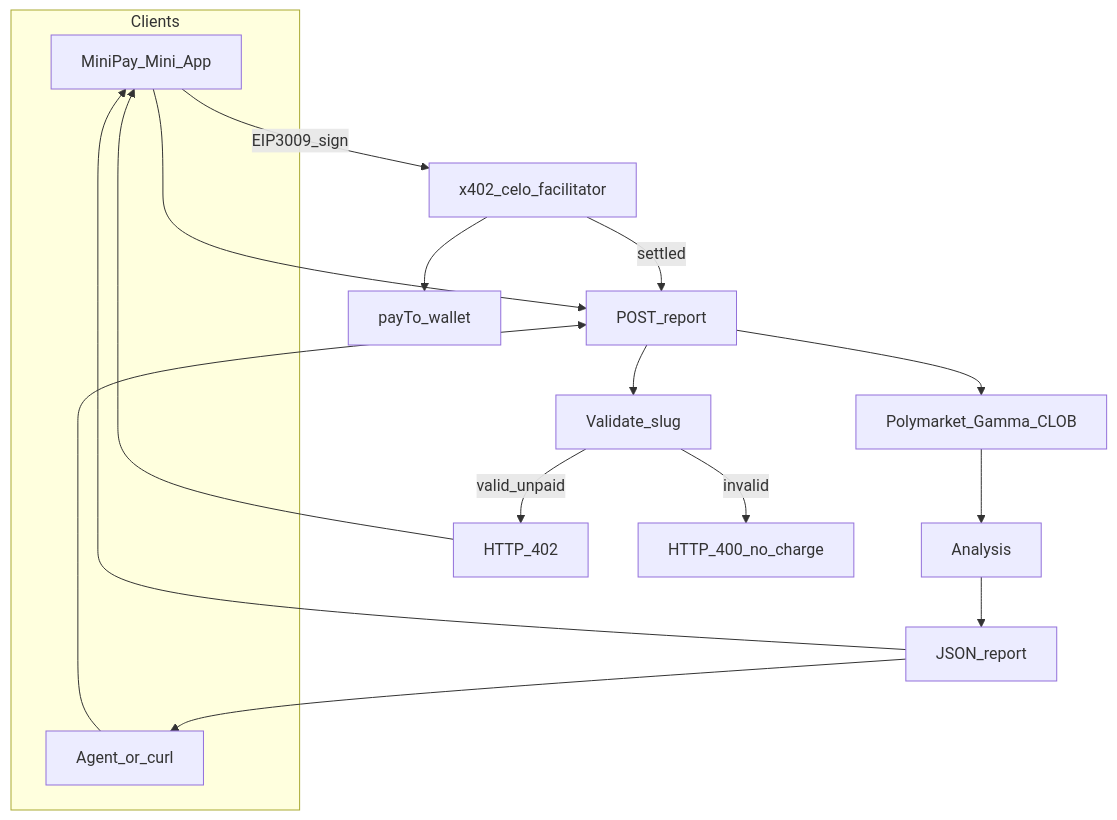
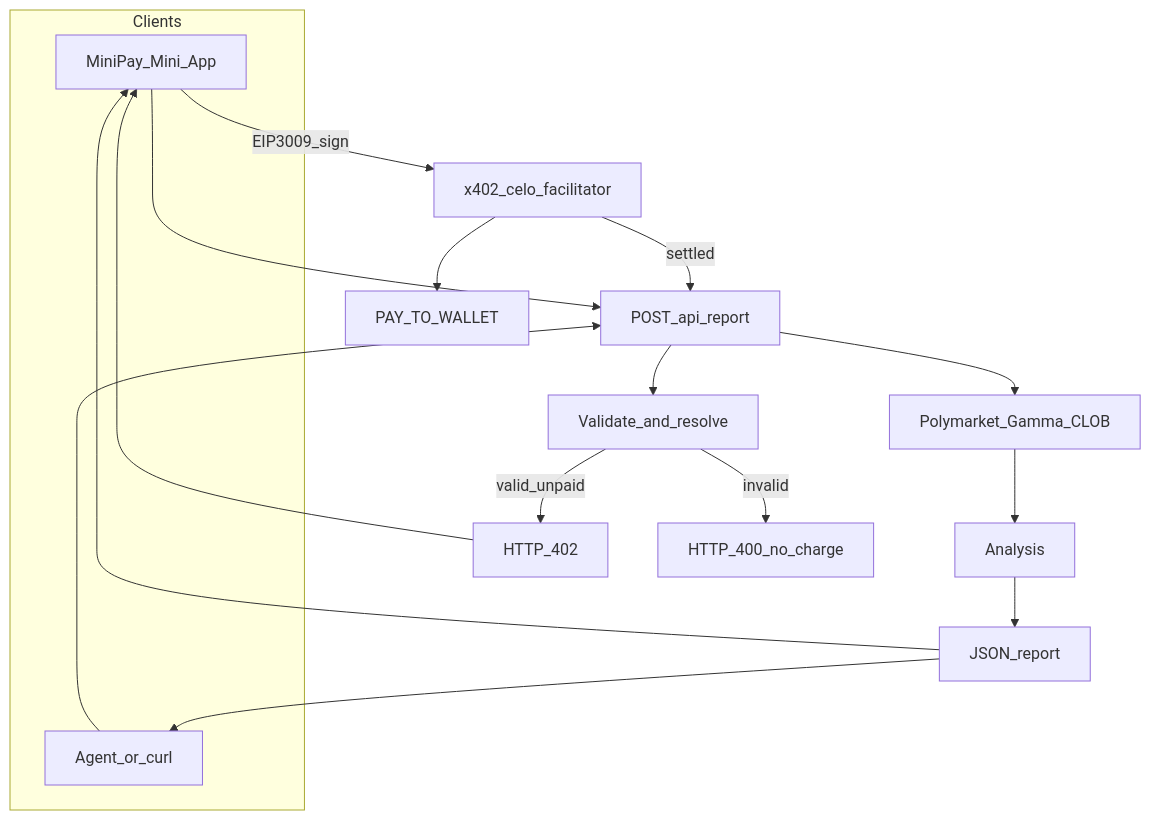
Before and after one commit to blocdevrel/polypulse: the diagram in README.md, drawn with Mermaid. The commit also changed other lines of this file and 30 other files, not shown here.

````diff
--- a/README.md
+++ b/README.md
@@ -155,28 +183,28 @@
 ```mermaid
 flowchart TB
   subgraph clients [Clients]
     MiniPayUI[MiniPay_Mini_App]
     AgentAPI[Agent_or_curl]
   end
-  API[POST_report]
-  Validate[Validate_slug]
+  API[POST_api_report]
+  Validate[Validate_and_resolve]
   Challenge[HTTP_402]
   Fac[x402_celo_facilitator]
-  PayTo[payTo_wallet]
+  PayTo[PAY_TO_WALLET]
   Data[Polymarket_Gamma_CLOB]
   LLM[Analysis]
   Report[JSON_report]
 
   MiniPayUI --> API
   AgentAPI --> API
   API --> Validate
   Validate -->|invalid| Bad400[HTTP_400_no_charge]
   Validate -->|valid_unpaid| Challenge
   Challenge --> MiniPayUI
   MiniPayUI -->|EIP3009_sign| Fac
   Fac --> PayTo
   Fac -->|settled| API
   API --> Data --> LLM --> Report
   Report --> MiniPayUI
   Report --> AgentAPI
 ```
````
